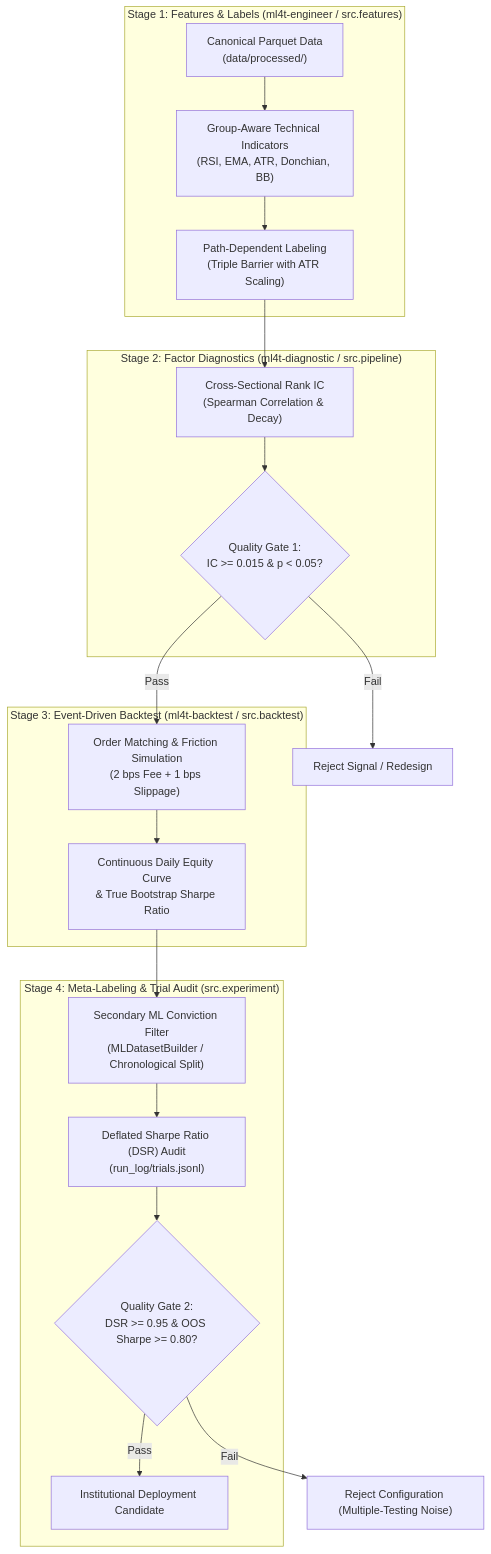
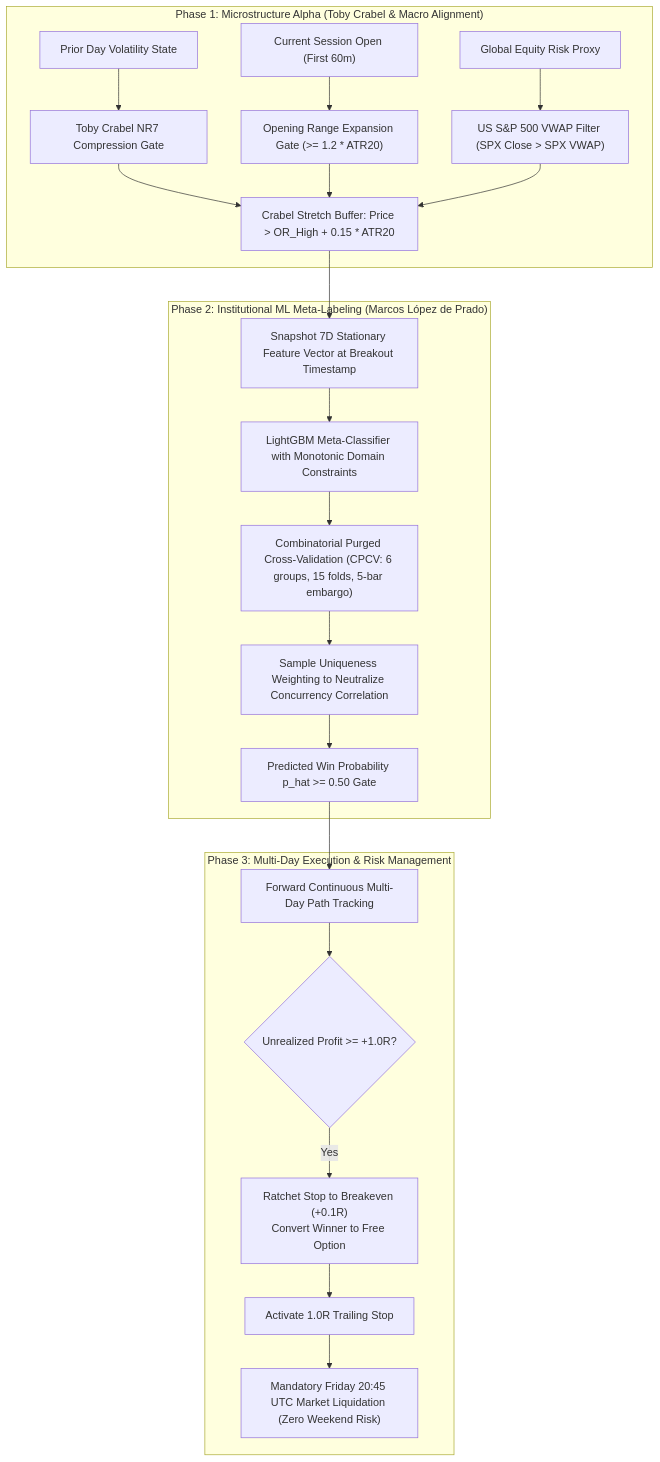
Before and after one commit to hzminhzz/quant-research: the diagram in README.md, drawn with Mermaid. The commit also changed other lines of this file and 1 other file, not shown here.

````diff
--- a/README.md
+++ b/README.md
@@ -17,27 +24,25 @@
 ```mermaid
 flowchart TD
-    subgraph S1["Stage 1: Features & Labels (ml4t-engineer / src.features)"]
-        A["Canonical Parquet Data<br/>(data/processed/)"] --> B["Group-Aware Technical Indicators<br/>(RSI, EMA, ATR, Donchian, BB)"]
-        B --> C["Path-Dependent Labeling<br/>(Triple Barrier with ATR Scaling)"]
+    subgraph S1["Phase 1: Microstructure Alpha (Toby Crabel & Macro Alignment)"]
+        A["Prior Day Volatility State"] --> B["Toby Crabel NR7 Compression Gate"]
+        C["Current Session Open (First 60m)"] --> D["Opening Range Expansion Gate (>= 1.2 * ATR20)"]
+        E["Global Equity Risk Proxy"] --> F["US S&P 500 VWAP Filter (SPX Close > SPX VWAP)"]
+        B & D & F --> G["Crabel Stretch Buffer: Price > OR_High + 0.15 * ATR20"]
     end
 
-    subgraph S2["Stage 2: Factor Diagnostics (ml4t-diagnostic / src.pipeline)"]
-        C --> D["Cross-Sectional Rank IC<br/>(Spearman Correlation & Decay)"]
-        D --> E{"Quality Gate 1:<br/>IC >= 0.015 & p < 0.05?"}
+    subgraph S2["Phase 2: Institutional ML Meta-Labeling (Marcos López de Prado)"]
+        G --> H["Snapshot 7D Stationary Feature Vector at Breakout Timestamp"]
+        H --> I["LightGBM Meta-Classifier with Monotonic Domain Constraints"]
+        I --> J["Combinatorial Purged Cross-Validation (CPCV: 6 groups, 15 folds, 5-bar embargo)"]
+        J --> K["Sample Uniqueness Weighting to Neutralize Concurrency Correlation"]
+        K --> L["Predicted Win Probability p_hat >= 0.50 Gate"]
     end
 
-    subgraph S3["Stage 3: Event-Driven Backtest (ml4t-backtest / src.backtest)"]
-        E -->|Pass| F["Order Matching & Friction Simulation<br/>(2 bps Fee + 1 bps Slippage)"]
-        F --> G["Continuous Daily Equity Curve<br/>& True Bootstrap Sharpe Ratio"]
+    subgraph S3["Phase 3: Multi-Day Execution & Risk Management"]
+        L --> M["Forward Continuous Multi-Day Path Tracking"]
+        M --> N{"Unrealized Profit >= +1.0R?"}
+        N -->|Yes| O["Ratchet Stop to Breakeven (+0.1R)<br/>Convert Winner to Free Option"]
+        O --> P["Activate 1.0R Trailing Stop"]
+        P --> Q["Mandatory Friday 20:45 UTC Market Liquidation (Zero Weekend Risk)"]
     end
-
-    subgraph S4["Stage 4: Meta-Labeling & Trial Audit (src.experiment)"]
-        G --> H["Secondary ML Conviction Filter<br/>(MLDatasetBuilder / Chronological Split)"]
-        H --> I["Deflated Sharpe Ratio (DSR) Audit<br/>(run_log/trials.jsonl)"]
-        I --> J{"Quality Gate 2:<br/>DSR >= 0.95 & OOS Sharpe >= 0.80?"}
-        J -->|Pass| K["Institutional Deployment Candidate"]
-    end
-
-    E -->|Fail| R1["Reject Signal / Redesign"]
-    J -->|Fail| R2["Reject Configuration (Multiple-Testing Noise)"]
 ```
````
